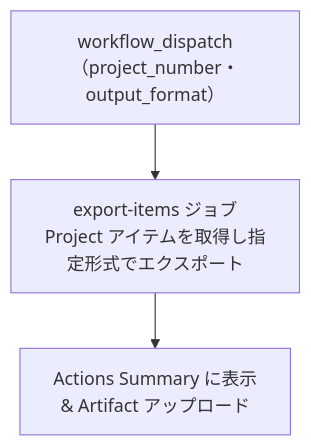
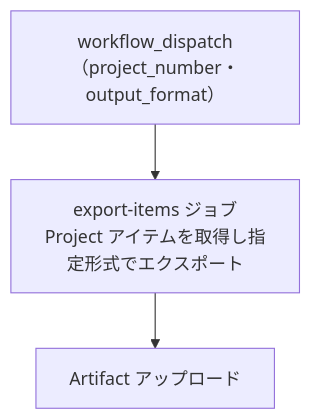
One commit to mabubu0203/github-projects-starter-kit changed the diagram in docs/workflows/04-export-project-items.md. Above: the diagram before and after it, drawn with Mermaid. The commit also changed other lines of this file and 2 other files, not shown here.

Commit message:
fix: export-project-items.sh の Step Summary データプレビューを削除 (#65)
ファイル出力のみで十分なため、GITHUB_STEP_SUMMARY へのデータプレビュー出力を削除し、
関連ドキュメントから Step Summary の記述を除去した。

````diff
--- a/docs/workflows/04-export-project-items.md
+++ b/docs/workflows/04-export-project-items.md
@@ -68,5 +67,5 @@
 ```mermaid
 flowchart TD
     A["workflow_dispatch\n（project_number・output_format）"] --> B["export-items ジョブ\nProject アイテムを取得し指定形式でエクスポート"]
-    B --> C["Actions Summary に表示\n& Artifact アップロード"]
+    B --> C["Artifact アップロード"]
 ```
````
